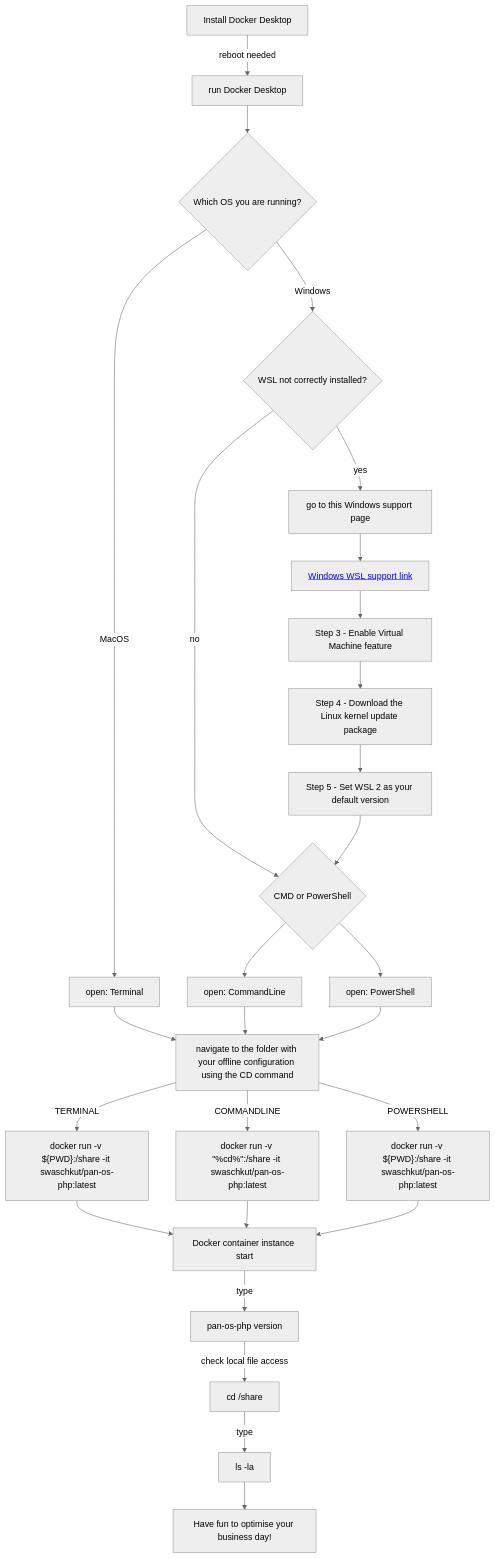
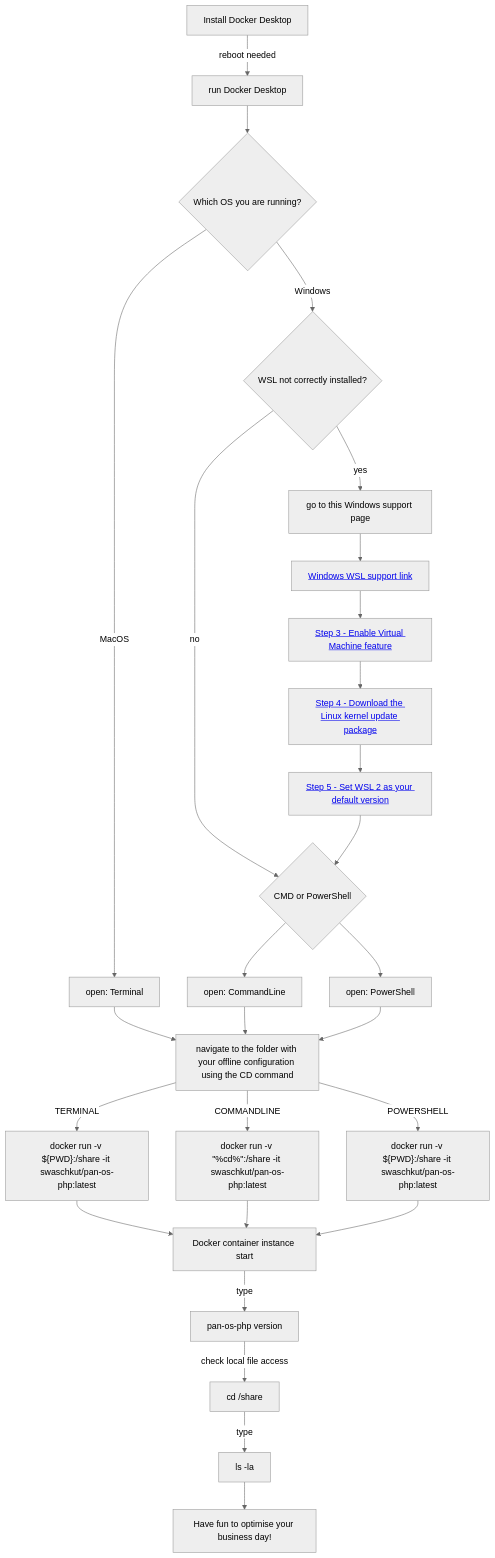
The diagram in READMEdocker.md (PaloAltoNetworks/pan-os-php), drawn with Mermaid (neutral theme) before and after one commit.

````diff
--- a/READMEdocker.md
+++ b/READMEdocker.md
@@ -4,53 +4,55 @@
 ```mermaid
 graph TD
     
     
     BB[Install Docker Desktop] -->|reboot needed| CC[run Docker Desktop]
     CC --> CC1[which OS]
     
     CC1{Which OS you are running?} -->|MacOS| B1[open: Terminal]
     CC1{Which OS you are running?} -->|Windows| C1[check Docker]
     
     
     B1 --> Z1[navigate to the folder with your offline configuration using the CD command]
        
  
     
     C1{WSL not correctly installed?} -->|no| C8[continue]
     C1{WSL not correctly installed?} -->|yes| C3[go to this Windows support page]
     
    
     
     C3 --> C4[<a href='https://docs.microsoft.com/en-gb/windows/wsl/install-manual'>Windows WSL support link</a>]
     
-    C4 --> C5[Step 3 - Enable Virtual Machine feature]
-    C5 --> C6[Step 4 - Download the Linux kernel update package]
-    C6 --> C7[Step 5 - Set WSL 2 as your default version]
+    
+    
+    C4 --> C5[<a href='https://docs.microsoft.com/en-gb/windows/wsl/install-manual#step-3---enable-virtual-machine-feature'>Step 3 - Enable Virtual Machine feature</a>]
+    C5 --> C6[<a href='https://docs.microsoft.com/en-gb/windows/wsl/install-manual#step-4---download-the-linux-kernel-update-package'>Step 4 - Download the Linux kernel update package</a>]
+    C6 --> C7[<a href='https://docs.microsoft.com/en-gb/windows/wsl/install-manual#step-5---set-wsl-2-as-your-default-version'>Step 5 - Set WSL 2 as your default version</a>]
     
     
     C7 --> C8[continue]
     
     C8{CMD or PowerShell} --> E2[open: CommandLine]
     C8{CMD or PowerShell} --> F2[open: PowerShell]
     
     
     E2 --> Z1[navigate to the folder with your offline configuration using the CD command]  
     F2 --> Z1[navigate to the folder with your offline configuration using the CD command]
     
     
     Z1 -->|TERMINAL| K1A["docker run -v ${PWD}:/share -it swaschkut/pan-os-php:latest"]
     Z1 -->|COMMANDLINE| K1B["docker run -v #quot;%cd%#quot;:/share -it swaschkut/pan-os-php:latest"]
     Z1 -->|POWERSHELL| K1C["docker run -v ${PWD}:/share -it swaschkut/pan-os-php:latest"]
     
   
     
     K1A --> K3[Docker container instance start]
     K1B --> K3[Docker container instance start]
     K1C --> K3[Docker container instance start]
     K3 -->|type| L[pan-os-php version]
 
     L -->|check local file access| M[cd /share]
     M -->|type| R[ls -la]
     
     R --> S[Have fun to optimise your business day!]
 ```
````
